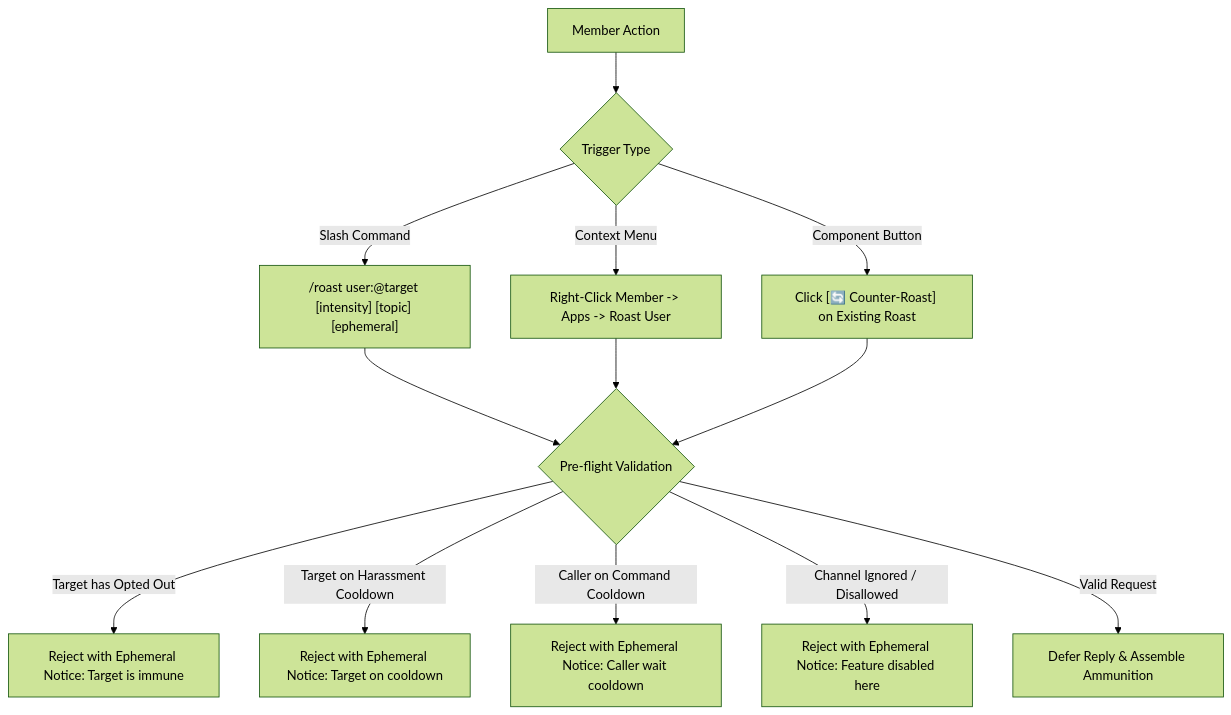
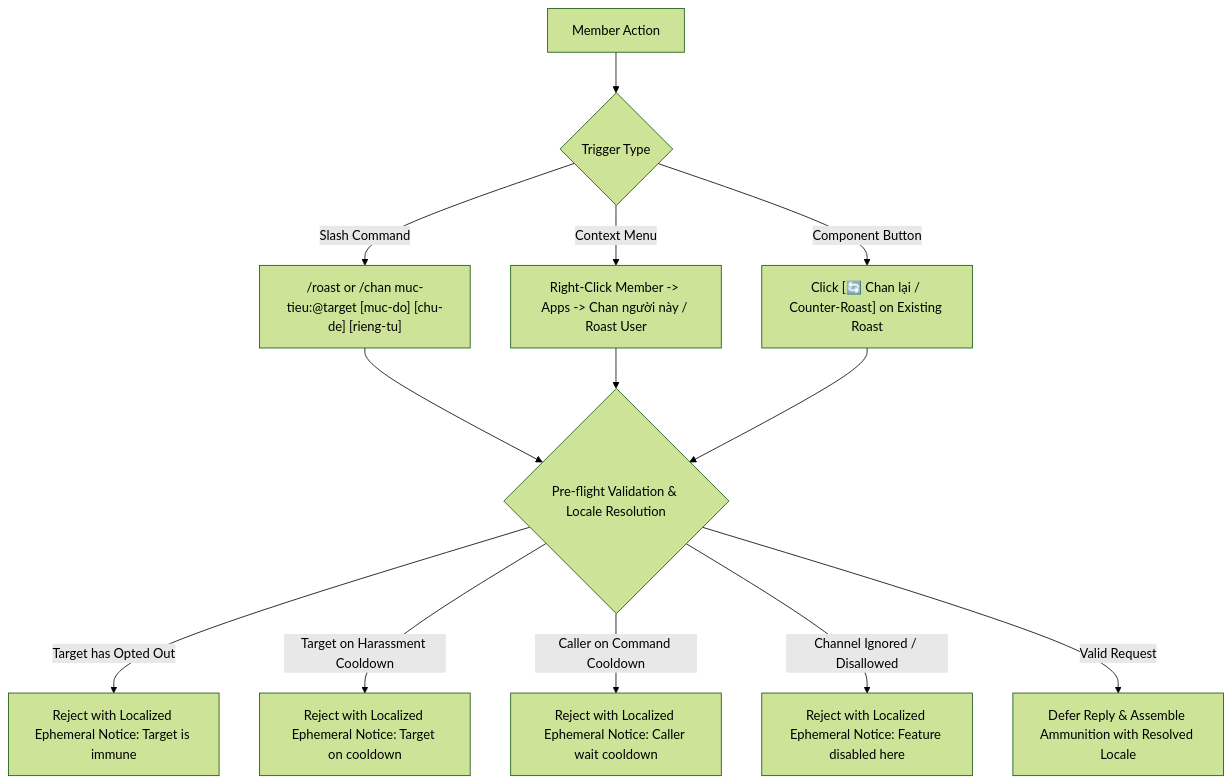
The first of 6 diagrams in docs/roast-feature-prd.md (nthungdev/discord-bot), drawn with Mermaid (forest theme) before and after one commit. The commit also changed other lines of this file, not shown here.

Commit message:
docs(roast): support vietnamese and english locales for roast feature (#76)

````diff
--- a/docs/roast-feature-prd.md
+++ b/docs/roast-feature-prd.md
@@ -54,17 +60,17 @@
 ```mermaid
 flowchart TD
     A[Member Action] --> B{Trigger Type}
-    B -->|Slash Command| C["/roast user:@target [intensity] [topic] [ephemeral]"]
-    B -->|Context Menu| D["Right-Click Member -> Apps -> Roast User"]
-    B -->|Component Button| E["Click [🔄 Counter-Roast] on Existing Roast"]
+    B -->|Slash Command| C["/roast or /chan muc-tieu:@target [muc-do] [chu-de] [rieng-tu]"]
+    B -->|Context Menu| D["Right-Click Member -> Apps -> Chan người này / Roast User"]
+    B -->|Component Button| E["Click [🔄 Chan lại / Counter-Roast] on Existing Roast"]
     
-    C --> F{Pre-flight Validation}
+    C --> F{Pre-flight Validation & Locale Resolution}
     D --> F
     E --> F
     
-    F -->|Target has Opted Out| G[Reject with Ephemeral Notice: Target is immune]
-    F -->|Target on Harassment Cooldown| H[Reject with Ephemeral Notice: Target on cooldown]
-    F -->|Caller on Command Cooldown| I[Reject with Ephemeral Notice: Caller wait cooldown]
-    F -->|Channel Ignored / Disallowed| J[Reject with Ephemeral Notice: Feature disabled here]
-    F -->|Valid Request| K[Defer Reply & Assemble Ammunition]
+    F -->|Target has Opted Out| G[Reject with Localized Ephemeral Notice: Target is immune]
+    F -->|Target on Harassment Cooldown| H[Reject with Localized Ephemeral Notice: Target on cooldown]
+    F -->|Caller on Command Cooldown| I[Reject with Localized Ephemeral Notice: Caller wait cooldown]
+    F -->|Channel Ignored / Disallowed| J[Reject with Localized Ephemeral Notice: Feature disabled here]
+    F -->|Valid Request| K[Defer Reply & Assemble Ammunition with Resolved Locale]
 ```
````
